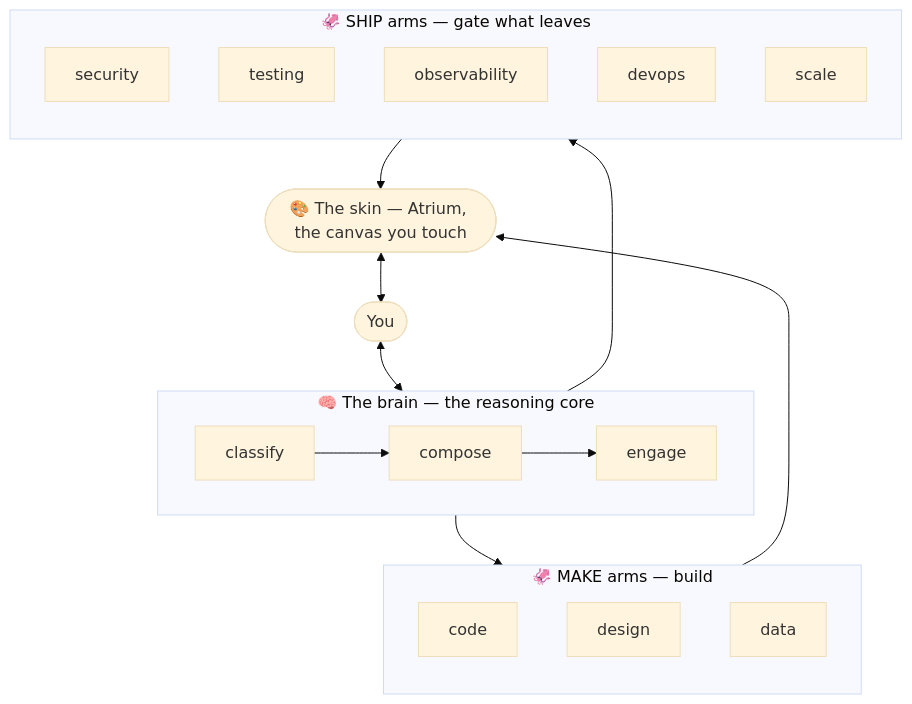
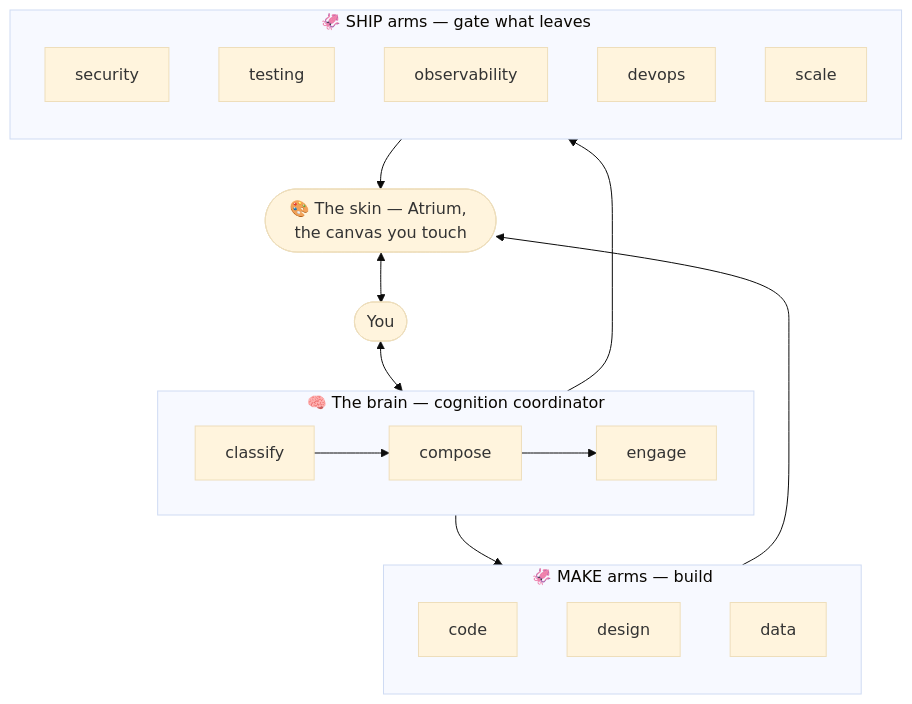
The second of 8 diagrams in docs/architecture.md (augmented-cognition-engine/core), drawn with Mermaid (base theme) before and after one commit. The commit also changed other lines of this file and 21 other files, not shown here.

````diff
--- a/docs/architecture.md
+++ b/docs/architecture.md
@@ -271,33 +273,33 @@
 ```mermaid
 flowchart TB
     H([You]) <--> BRAIN
 
-    subgraph BRAIN["🧠 The brain — the reasoning core"]
+    subgraph BRAIN["🧠 The brain — cognition coordinator"]
         direction LR
         CL[classify] --> CO[compose] --> EN[engage]
     end
 
     BRAIN --> MAKE
     BRAIN --> SHIP
 
     subgraph MAKE["🦑 MAKE arms — build"]
         direction TB
         M1[code]
         M2[design]
         M3[data]
     end
 
     subgraph SHIP["🦑 SHIP arms — gate what leaves"]
         direction TB
         S1[security]
         S2[testing]
         S3[observability]
         S4[devops]
         S5[scale]
     end
 
     MAKE --> SKIN
     SHIP --> SKIN
     SKIN([🎨 The skin — Atrium, the canvas you touch])
     SKIN <--> H
 ```
````
